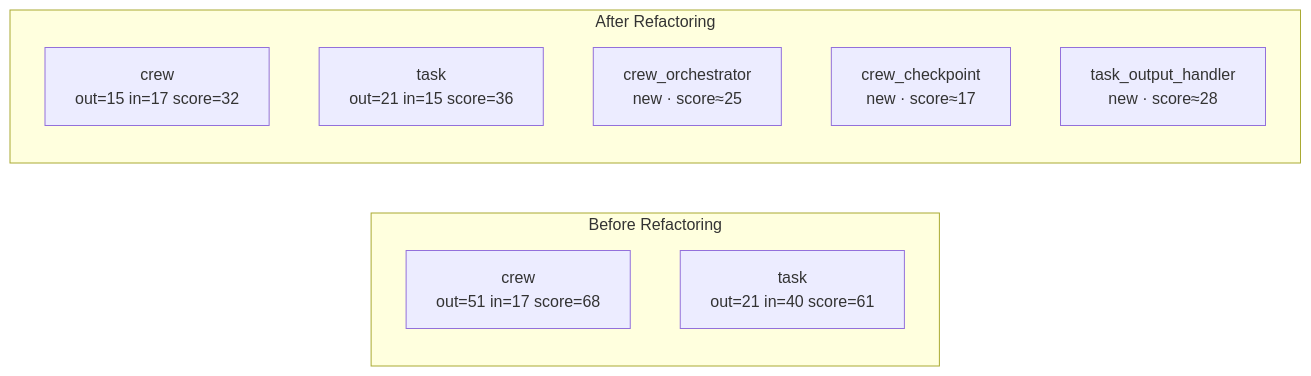
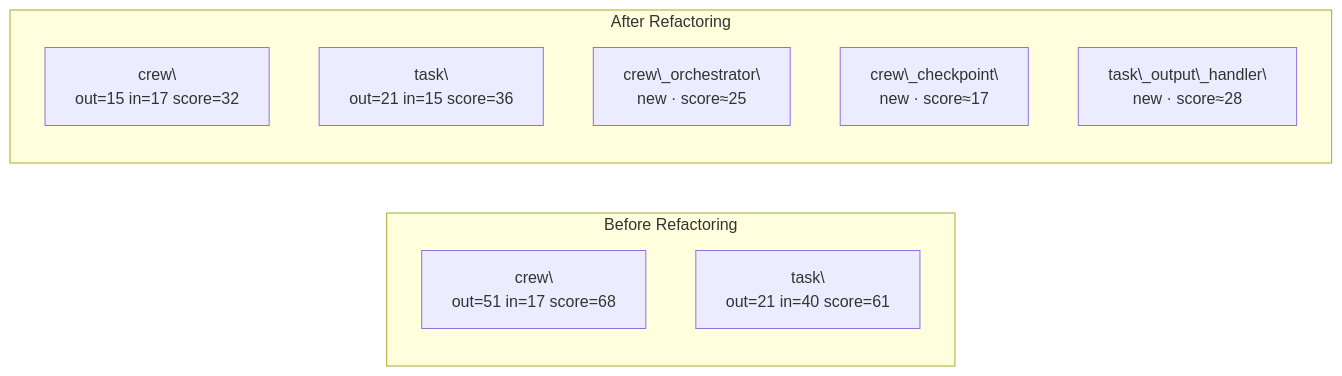
One commit to aviayeli/graph-based-code-analyzer changed the diagram in docs/refactor_report.md. Above: the diagram before and after it, drawn with Mermaid. The commit also changed other lines of this file and 13 other files, not shown here.

Commit message:
docs: complete reverse engineering phase using Graphify, generate AST and semantic Markdown reports for Obsidian

````diff
--- a/docs/refactor_report.md
+++ b/docs/refactor_report.md
@@ -15,14 +15,14 @@
 ```mermaid
 graph LR
-  subgraph BEFORE[Before Refactoring]
-    crew_b["crew\nout=51 in=17 score=68"]
-    task_b["task\nout=21 in=40 score=61"]
+  subgraph BEFORE\[Before Refactoring]
+    crew\_b\["crew\\nout=51 in=17 score=68"]
+    task\_b\["task\\nout=21 in=40 score=61"]
   end
-  subgraph AFTER[After Refactoring]
-    crew_a["crew\nout=15 in=17 score=32"]
-    task_a["task\nout=21 in=15 score=36"]
-    crew_orchestrator["crew_orchestrator\nnew · score≈25"]
-    crew_checkpoint["crew_checkpoint\nnew · score≈17"]
-    task_output_handler["task_output_handler\nnew · score≈28"]
+  subgraph AFTER\[After Refactoring]
+    crew\_a\["crew\\nout=15 in=17 score=32"]
+    task\_a\["task\\nout=21 in=15 score=36"]
+    crew\_orchestrator\["crew\_orchestrator\\nnew · score≈25"]
+    crew\_checkpoint\["crew\_checkpoint\\nnew · score≈17"]
+    task\_output\_handler\["task\_output\_handler\\nnew · score≈28"]
   end
 ```
````
